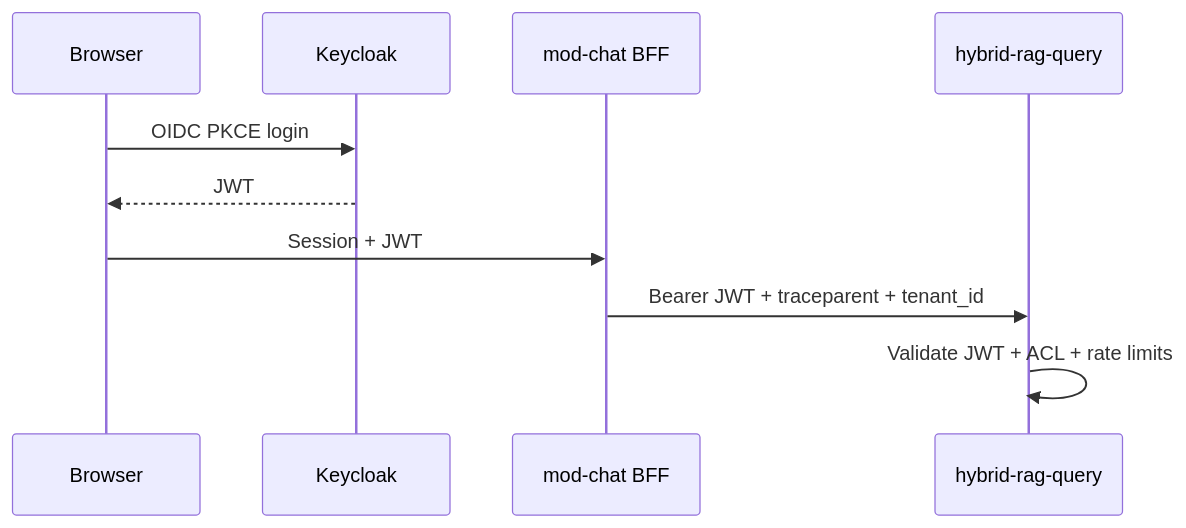
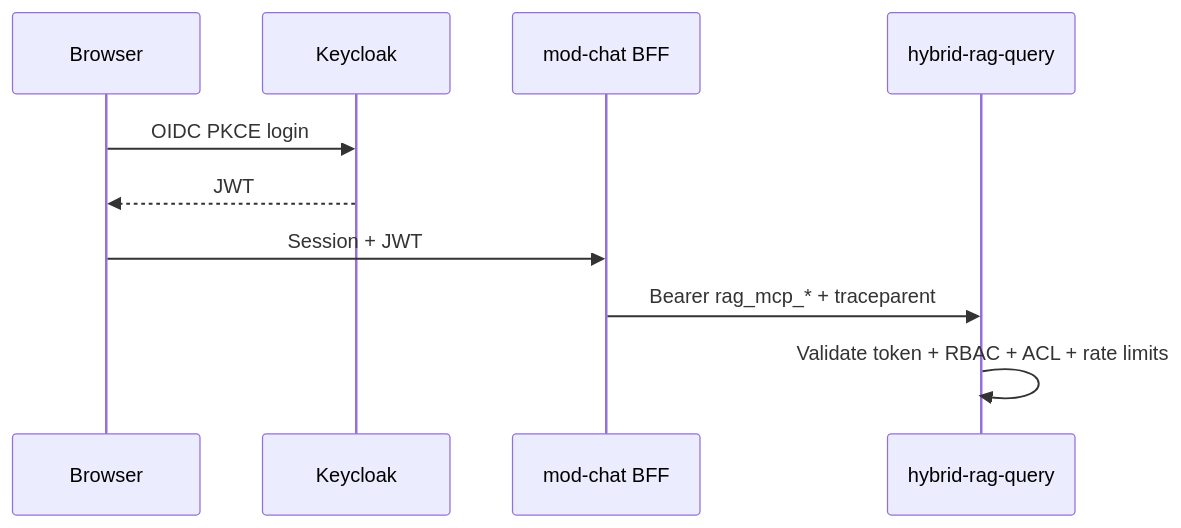
Before and after one commit to ashutoshkumarsinha/enterprise-hybrid-rag: the fifth of 5 diagrams in docs/ARCHITECT_GUIDE.md, drawn with Mermaid. The commit also changed other lines of this file and 5 other files, not shown here.

````diff
--- a/docs/ARCHITECT_GUIDE.md
+++ b/docs/ARCHITECT_GUIDE.md
@@ -148,13 +148,13 @@
 ```mermaid
 sequenceDiagram
     participant Browser
     participant KC as Keycloak
     participant BFF as mod-chat BFF
     participant Query as hybrid-rag-query
 
     Browser->>KC: OIDC PKCE login
     KC-->>Browser: JWT
     Browser->>BFF: Session + JWT
-    BFF->>Query: Bearer JWT + traceparent + tenant_id
-    Query->>Query: Validate JWT + ACL + rate limits
+    BFF->>Query: Bearer rag_mcp_* + traceparent
+    Query->>Query: Validate token + RBAC + ACL + rate limits
 ```
````
